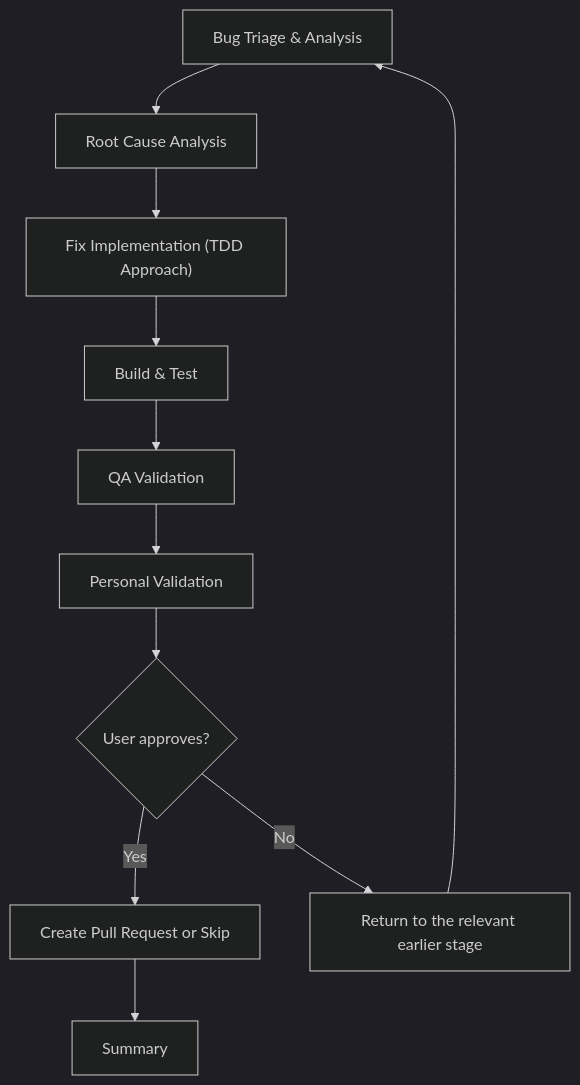
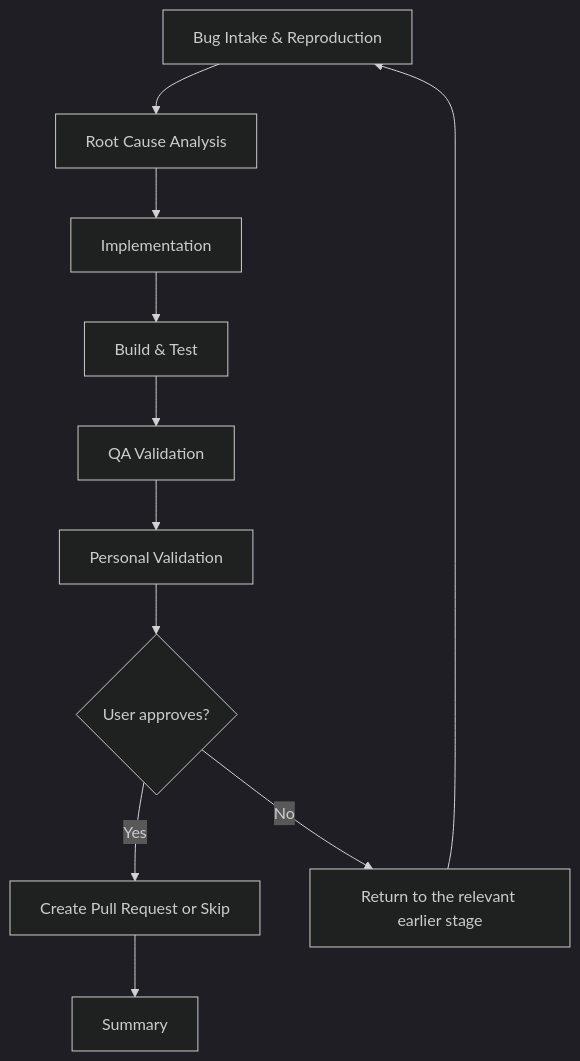
Before and after one commit to JSdotNet/Copilot: diagram 12 of 14 in plugins/copilot-app/resources/orchestration-flow-diagrams.md, drawn with Mermaid (dark theme). The commit also changed other lines of this file and 19 other files, not shown here.

````diff
--- a/plugins/copilot-app/resources/orchestration-flow-diagrams.md
+++ b/plugins/copilot-app/resources/orchestration-flow-diagrams.md
@@ -179,13 +296,13 @@
 ```mermaid
 flowchart TD
-    A["Bug Triage & Analysis"] --> B["Root Cause Analysis"]
-    B --> C["Fix Implementation (TDD Approach)"]
+    A["Bug Intake & Reproduction"] --> B["Root Cause Analysis"]
+    B --> C["Implementation"]
     C --> D["Build & Test"]
     D --> E["QA Validation"]
     E --> F["Personal Validation"]
     F --> G{User approves?}
     G -->|Yes| H["Create Pull Request or Skip"]
     G -->|No| I["Return to the relevant earlier stage"]
     I --> A
     H --> J["Summary"]
 ```
````
